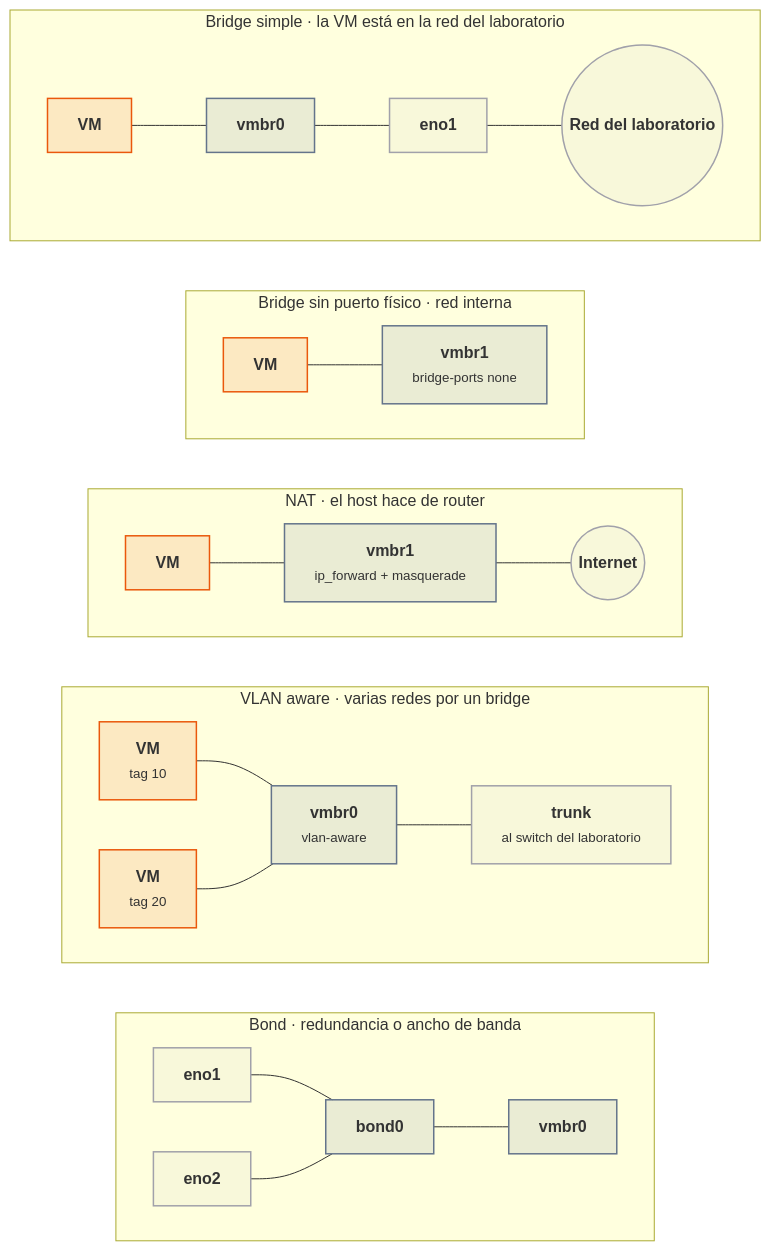
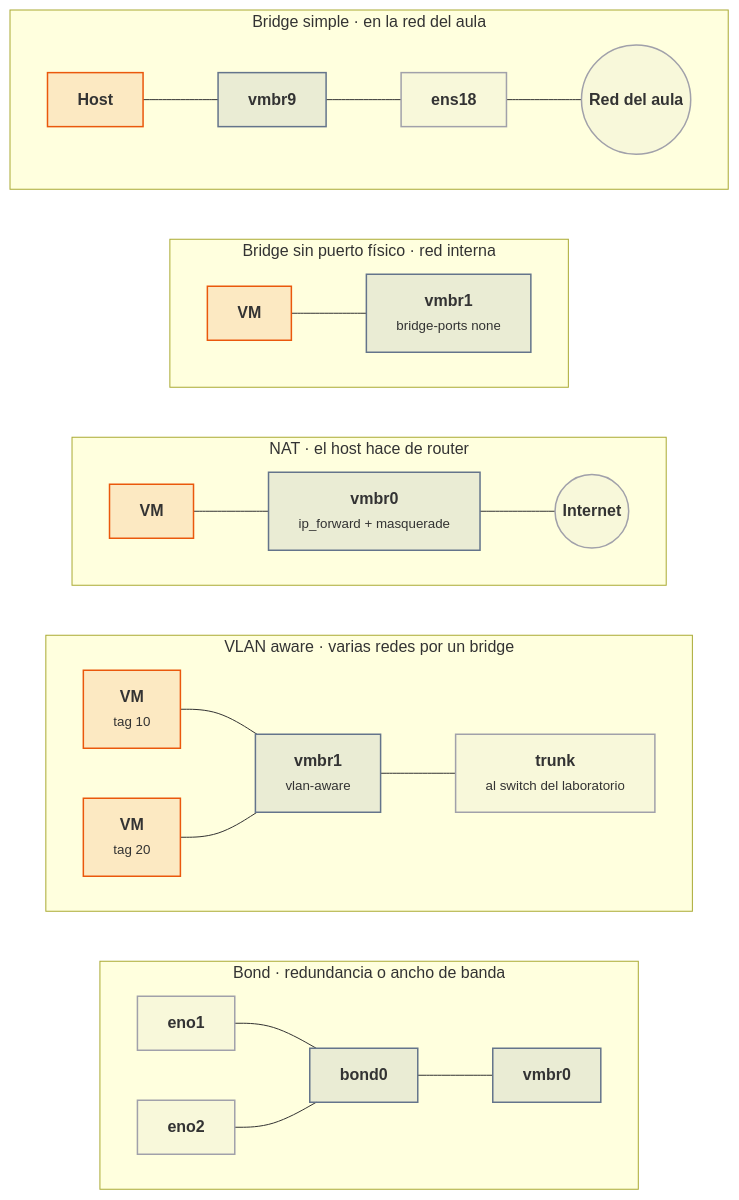
Before and after one commit to victor-educ/apuntes-5166: diagram 13 of 13 in docs/ut/ut1-virtualizacion.md, drawn with Mermaid. The commit also changed other lines of this file and 13 other files, not shown here.

````diff
--- a/docs/ut/ut1-virtualizacion.md
+++ b/docs/ut/ut1-virtualizacion.md
@@ -975,34 +933,34 @@
 ```mermaid
 flowchart TB
-    subgraph S1["Bridge simple · la VM está en la red del laboratorio"]
+    subgraph S1["Bridge simple · en la red del aula"]
         direction LR
-        A1["<b>VM</b>"]:::act --- A2["<b>vmbr0</b>"]:::pieza --- A3["<b>eno1</b>"]:::infra --- A4(("<b>Red del laboratorio</b>")):::infra
+        A1["<b>Host</b>"]:::act --- A2["<b>vmbr9</b>"]:::pieza --- A3["<b>ens18</b>"]:::infra --- A4(("<b>Red del aula</b>")):::infra
     end
     subgraph S2["Bridge sin puerto físico · red interna"]
         direction LR
         B1["<b>VM</b>"]:::act --- B2["<b>vmbr1</b><br><small>bridge-ports none</small>"]:::pieza
     end
     subgraph S3["NAT · el host hace de router"]
         direction LR
-        C1["<b>VM</b>"]:::act --- C2["<b>vmbr1</b><br><small>ip_forward + masquerade</small>"]:::pieza --- C3(("<b>Internet</b>")):::infra
+        C1["<b>VM</b>"]:::act --- C2["<b>vmbr0</b><br><small>ip_forward + masquerade</small>"]:::pieza --- C3(("<b>Internet</b>")):::infra
     end
     subgraph S4["VLAN aware · varias redes por un bridge"]
         direction LR
-        D1["<b>VM</b><br><small>tag 10</small>"]:::act --- D2["<b>vmbr0</b><br><small>vlan-aware</small>"]:::pieza
+        D1["<b>VM</b><br><small>tag 10</small>"]:::act --- D2["<b>vmbr1</b><br><small>vlan-aware</small>"]:::pieza
         D3["<b>VM</b><br><small>tag 20</small>"]:::act --- D2
         D2 --- D4["<b>trunk</b><br><small>al switch del laboratorio</small>"]:::infra
     end
     subgraph S5["Bond · redundancia o ancho de banda"]
         direction LR
         E1["<b>eno1</b>"]:::infra --- E2["<b>bond0</b>"]:::pieza
         E3["<b>eno2</b>"]:::infra --- E2
         E2 --- E4["<b>vmbr0</b>"]:::pieza
     end
     S1 ~~~ S2 ~~~ S3 ~~~ S4 ~~~ S5
     classDef act fill:#ea580c22,stroke:#ea580c,stroke-width:1.5px
     classDef pieza fill:#64748b22,stroke:#64748b,stroke-width:1.5px
     classDef dato fill:#2563eb22,stroke:#2563eb,stroke-width:1.5px
     classDef infra fill:#a1a1aa14,stroke:#a1a1aa,stroke-width:1.5px
     classDef ok fill:#16a34a22,stroke:#16a34a,stroke-width:1.5px
     classDef riesgo fill:#dc262622,stroke:#dc2626,stroke-width:1.5px
 ```
````
